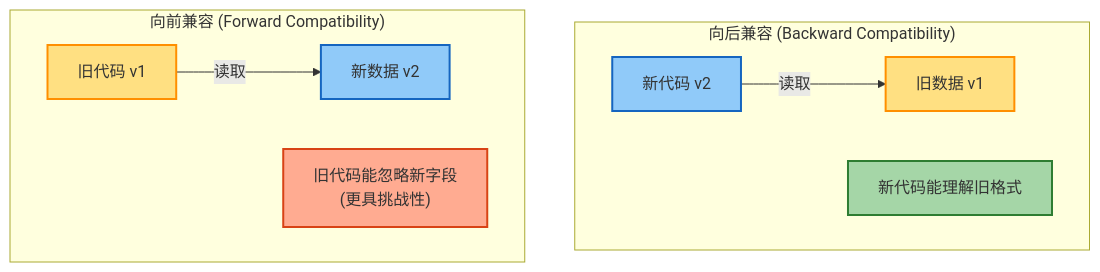
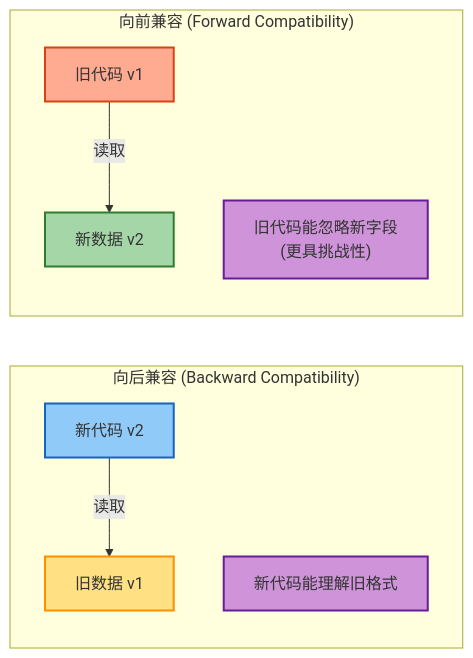
Before and after one commit to HenryThomas9587/henry.github.io: the third of 3 diagrams in docs/notes/ddia/part1-foundations/chapter-05.md, drawn with Mermaid. The commit also changed other lines of this file and 9 other files, not shown here.

First line of the commit message:
docs(ddia): 优化章节结构和图例布局

````diff
--- a/docs/notes/ddia/part1-foundations/chapter-05.md
+++ b/docs/notes/ddia/part1-foundations/chapter-05.md
@@ -33,25 +65,23 @@
 ```mermaid
-graph TB
+graph LR
     subgraph backward["向后兼容 (Backward Compatibility)"]
-        direction LR
         NewCode["新代码 v2"]
         OldData["旧数据 v1"]
         NewCode -->|读取| OldData
         Note1["新代码能理解旧格式"]
     end
 
     subgraph forward["向前兼容 (Forward Compatibility)"]
-        direction LR
         OldCode["旧代码 v1"]
         NewData["新数据 v2"]
         OldCode -->|读取| NewData
         Note2["旧代码能忽略新字段<br/>(更具挑战性)"]
     end
 
     style NewCode fill:#90CAF9,stroke:#1565C0,stroke-width:2px
     style OldData fill:#FFE082,stroke:#FF8F00,stroke-width:2px
-    style OldCode fill:#FFE082,stroke:#FF8F00,stroke-width:2px
-    style NewData fill:#90CAF9,stroke:#1565C0,stroke-width:2px
-    style Note1 fill:#A5D6A7,stroke:#2E7D32,stroke-width:2px
-    style Note2 fill:#FFAB91,stroke:#D84315,stroke-width:2px
+    style OldCode fill:#FFAB91,stroke:#D84315,stroke-width:2px
+    style NewData fill:#A5D6A7,stroke:#2E7D32,stroke-width:2px
+    style Note1 fill:#CE93D8,stroke:#6A1B9A,stroke-width:2px
+    style Note2 fill:#CE93D8,stroke:#6A1B9A,stroke-width:2px
 ```
````
